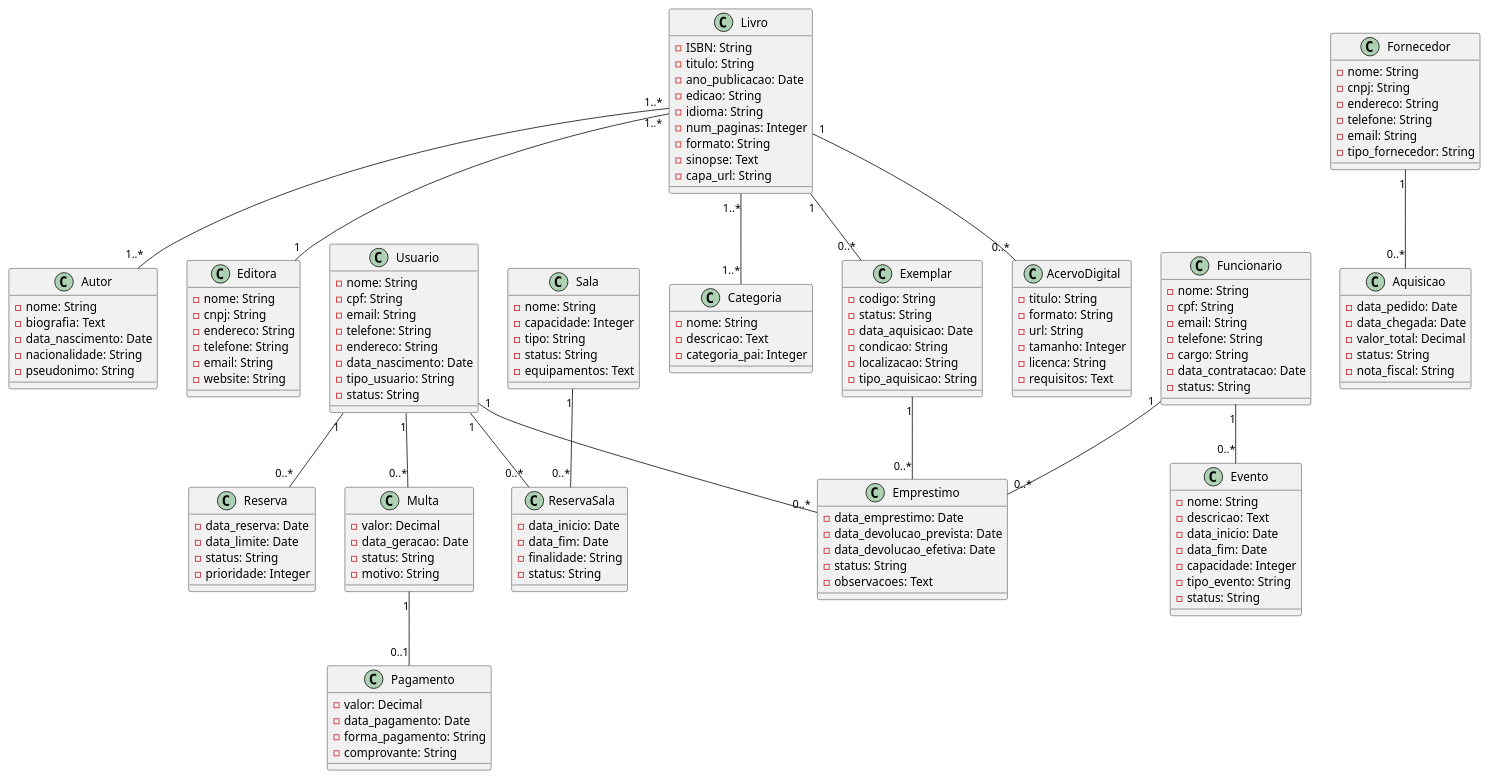
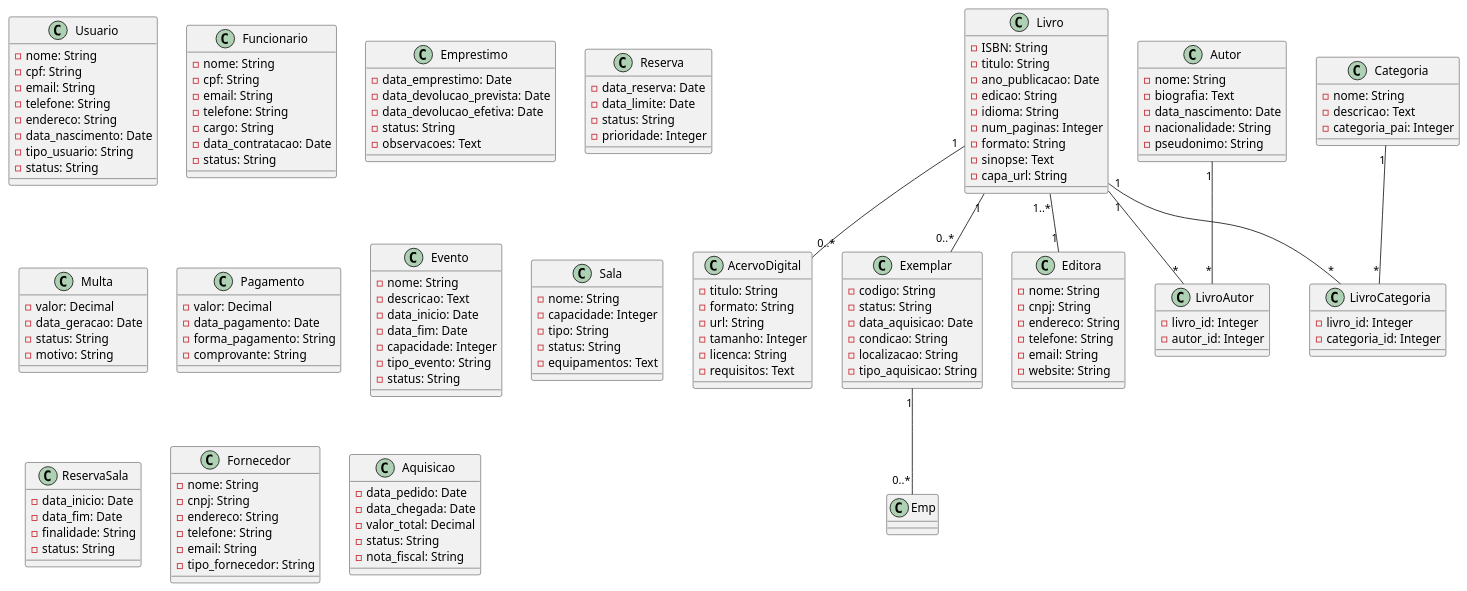
The diagram in PRJ-Final/conceitual.plantuml (Langsch/BD2-Projetos), drawn with PlantUML before and after one commit.

Commit message:
Refactor UML diagram for library system: add associations for Livro, Autor, and Categoria classes

```diff
--- a/PRJ-Final/conceitual.plantuml
+++ b/PRJ-Final/conceitual.plantuml
@@ -1,163 +1,167 @@
 @startuml Biblioteca
-    class Livro {
-        -ISBN: String
-        -titulo: String
-        -ano_publicacao: Date
-        -edicao: String
-        -idioma: String
-        -num_paginas: Integer
-        -formato: String
-        -sinopse: Text
-        -capa_url: String
-    }
 
-    class AcervoDigital {
-        -titulo: String
-        -formato: String
-        -url: String
-        -tamanho: Integer
-        -licenca: String
-        -requisitos: Text
-    }
+class Livro {
+    -ISBN: String
+    -titulo: String
+    -ano_publicacao: Date
+    -edicao: String
+    -idioma: String
+    -num_paginas: Integer
+    -formato: String
+    -sinopse: Text
+    -capa_url: String
+}
 
-    class Exemplar {
-        -codigo: String
-        -status: String
-        -data_aquisicao: Date
-        -condicao: String
-        -localizacao: String
-        -tipo_aquisicao: String
-    }
+class AcervoDigital {
+    -titulo: String
+    -formato: String
+    -url: String
+    -tamanho: Integer
+    -licenca: String
+    -requisitos: Text
+}
 
-    class Autor {
-        -nome: String
-        -biografia: Text
-        -data_nascimento: Date
-        -nacionalidade: String
-        -pseudonimo: String
-    }
+class Exemplar {
+    -codigo: String
+    -status: String
+    -data_aquisicao: Date
+    -condicao: String
+    -localizacao: String
+    -tipo_aquisicao: String
+}
 
-    class Editora {
-        -nome: String
-        -cnpj: String
-        -endereco: String
-        -telefone: String
-        -email: String
-        -website: String
-    }
+class Autor {
+    -nome: String
+    -biografia: Text
+    -data_nascimento: Date
+    -nacionalidade: String
+    -pseudonimo: String
+}
 
-    class Categoria {
-        -nome: String
-        -descricao: Text
-        -categoria_pai: Integer
-    }
+class Editora {
+    -nome: String
+    -cnpj: String
+    -endereco: String
+    -telefone: String
+    -email: String
+    -website: String
+}
 
-    class Usuario {
-        -nome: String
-        -cpf: String
-        -email: String
-        -telefone: String
-        -endereco: String
-        -data_nascimento: Date
-        -tipo_usuario: String
-        -status: String
-    }
+class Categoria {
+    -nome: String
+    -descricao: Text
+    -categoria_pai: Integer
+}
 
-    class Funcionario {
-        -nome: String
-        -cpf: String
-        -email: String
-        -telefone: String
-        -cargo: String
-        -data_contratacao: Date
-        -status: String
-    }
+class Usuario {
+    -nome: String
+    -cpf: String
+    -email: String
+    -telefone: String
+    -endereco: String
+    -data_nascimento: Date
+    -tipo_usuario: String
+    -status: String
+}
 
-    class Emprestimo {
-        -data_emprestimo: Date
-        -data_devolucao_prevista: Date
-        -data_devolucao_efetiva: Date
-        -status: String
-        -observacoes: Text
-    }
+class Funcionario {
+    -nome: String
+    -cpf: String
+    -email: String
+    -telefone: String
+    -cargo: String
+    -data_contratacao: Date
+    -status: String
+}
 
-    class Reserva {
-        -data_reserva: Date
-        -data_limite: Date
-        -status: String
-        -prioridade: Integer
-    }
+class Emprestimo {
+    -data_emprestimo: Date
+    -data_devolucao_prevista: Date
+    -data_devolucao_efetiva: Date
+    -status: String
+    -observacoes: Text
+}
 
-    class Multa {
-        -valor: Decimal
-        -data_geracao: Date
-        -status: String
-        -motivo: String
-    }
+class Reserva {
+    -data_reserva: Date
+    -data_limite: Date
+    -status: String
+    -prioridade: Integer
+}
 
-    class Pagamento {
-        -valor: Decimal
-        -data_pagamento: Date
-        -forma_pagamento: String
-        -comprovante: String
-    }
+class Multa {
+    -valor: Decimal
+    -data_geracao: Date
+    -status: String
+    -motivo: String
+}
 
-    class Evento {
-        -nome: String
-        -descricao: Text
-        -data_inicio: Date
-        -data_fim: Date
-        -capacidade: Integer
-        -tipo_evento: String
-        -status: String
-    }
+class Pagamento {
+    -valor: Decimal
+    -data_pagamento: Date
+    -forma_pagamento: String
+    -comprovante: String
+}
 
-    class Sala {
-        -nome: String
-        -capacidade: Integer
-        -tipo: String
-        -status: String
-        -equipamentos: Text
-    }
+class Evento {
+    -nome: String
+    -descricao: Text
+    -data_inicio: Date
+    -data_fim: Date
+    -capacidade: Integer
+    -tipo_evento: String
+    -status: String
+}
 
-    class ReservaSala {
-        -data_inicio: Date
-        -data_fim: Date
-        -finalidade: String
-        -status: String
-    }
+class Sala {
+    -nome: String
+    -capacidade: Integer
+    -tipo: String
+    -status: String
+    -equipamentos: Text
+}
 
-    class Fornecedor {
-        -nome: String
-        -cnpj: String
-        -endereco: String
-        -telefone: String
-        -email: String
-        -tipo_fornecedor: String
-    }
+class ReservaSala {
+    -data_inicio: Date
+    -data_fim: Date
+    -finalidade: String
+    -status: String
+}
 
-    class Aquisicao {
-        -data_pedido: Date
-        -data_chegada: Date
-        -valor_total: Decimal
-        -status: String
-        -nota_fiscal: String
-    }
+class Fornecedor {
+    -nome: String
+    -cnpj: String
+    -endereco: String
+    -telefone: String
+    -email: String
+    -tipo_fornecedor: String
+}
 
-    Livro "1" -- "0..*" Exemplar
-    Livro "1" -- "0..*" AcervoDigital
-    Livro "1..*" -- "1..*" Autor
-    Livro "1..*" -- "1" Editora
-    Livro "1..*" -- "1..*" Categoria
-    Exemplar "1" -- "0..*" Emprestimo
-    Usuario "1" -- "0..*" Emprestimo
-    Usuario "1" -- "0..*" Reserva
-    Usuario "1" -- "0..*" Multa
-    Multa "1" -- "0..1" Pagamento
-    Usuario "1" -- "0..*" ReservaSala
-    Sala "1" -- "0..*" ReservaSala
-    Fornecedor "1" -- "0..*" Aquisicao
-    Funcionario "1" -- "0..*" Emprestimo
-    Funcionario "1" -- "0..*" Evento
+class Aquisicao {
+    -data_pedido: Date
+    -data_chegada: Date
+    -valor_total: Decimal
+    -status: String
+    -nota_fiscal: String
+}
+
+class LivroAutor {
+    -livro_id: Integer
+    -autor_id: Integer
+}
+
+class LivroCategoria {
+    -livro_id: Integer
+    -categoria_id: Integer
+}
+
+Livro "1" -- "0..*" Exemplar
+Livro "1" -- "0..*" AcervoDigital
+Livro "1" -- "*" LivroAutor
+Autor "1" -- "*" LivroAutor
+Livro "1..*" -- "1" Editora
+Livro "1" -- "*" LivroCategoria
+Categoria "1" -- "*" LivroCategoria
+Exemplar "1" -- "0..*" Emp
 
 @enduml
```
